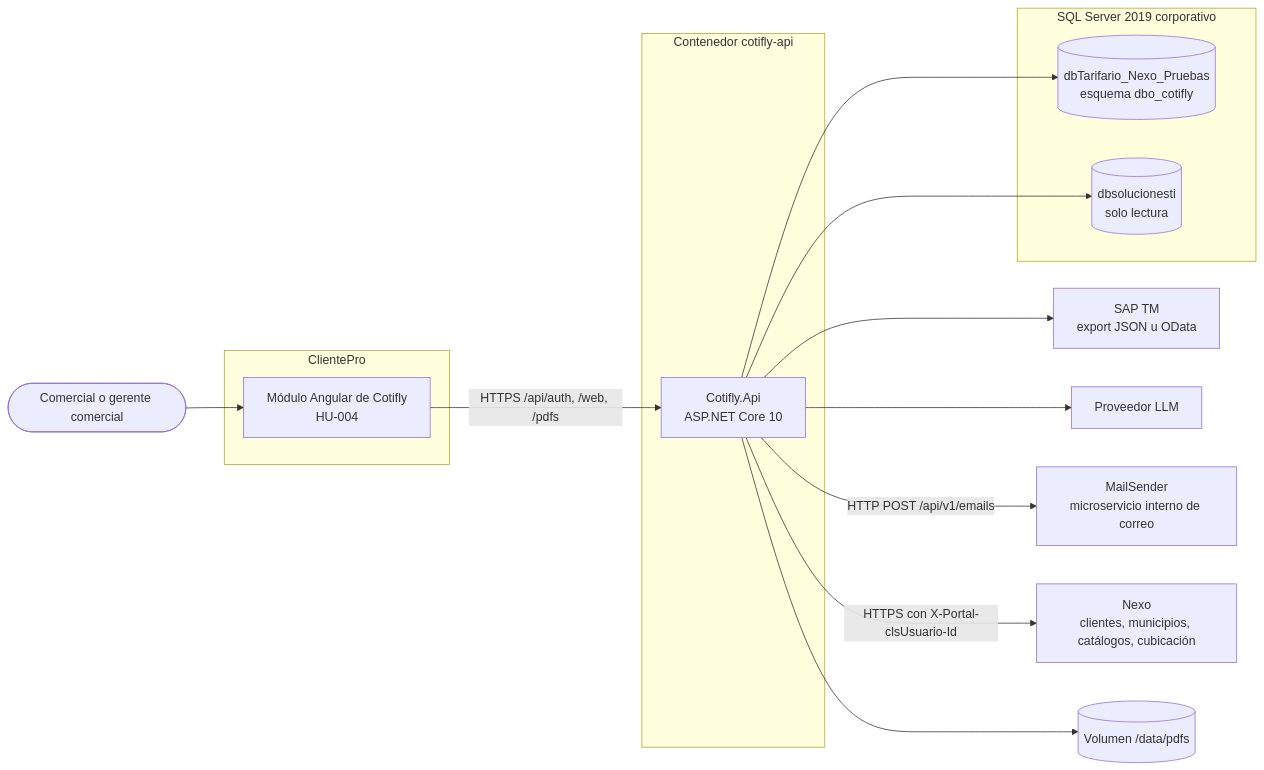
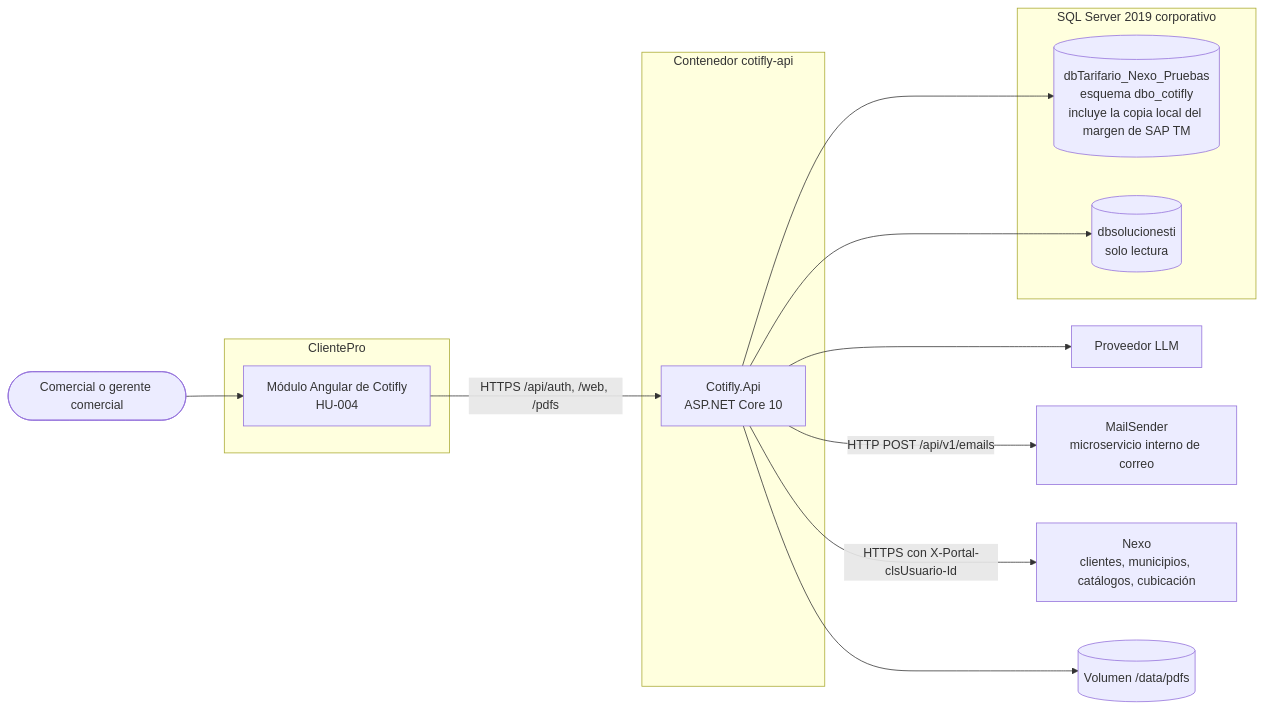
One commit to InnovacionIA-proyectos/Cotifly changed the first of 7 diagrams in backend-dotnet/docs/02-arquitectura.md. Above: the diagram before and after it, drawn with Mermaid. The commit also changed other lines of this file and 13 other files, not shown here.

First line of the commit message:
HU-042.2/HU-042.4 (#243, #247): ADR-027 y documentación de la copia local del margen de SAP

````diff
--- a/backend-dotnet/docs/02-arquitectura.md
+++ b/backend-dotnet/docs/02-arquitectura.md
@@ -27,29 +27,27 @@
 ```mermaid
 flowchart LR
     comercial([Comercial o gerente comercial])
     subgraph clientepro[ClientePro]
         front[Módulo Angular de Cotifly<br/>HU-004]
     end
     subgraph contenedor[Contenedor cotifly-api]
         api[Cotifly.Api<br/>ASP.NET Core 10]
     end
     subgraph sql[SQL Server 2019 corporativo]
-        dbc[(dbTarifario_Nexo_Pruebas<br/>esquema dbo_cotifly)]
+        dbc[(dbTarifario_Nexo_Pruebas<br/>esquema dbo_cotifly<br/>incluye la copia local del margen de SAP TM)]
         dbi[(dbsolucionesti<br/>solo lectura)]
     end
-    sap[SAP TM<br/>export JSON u OData]
     llm[Proveedor LLM]
     mails[MailSender<br/>microservicio interno de correo]
     nexo[Nexo<br/>clientes, municipios, catálogos, cubicación]
     pdfs[(Volumen /data/pdfs)]
 
     comercial --> front
     front -- "HTTPS /api/auth, /web, /pdfs" --> api
     api --> dbc
     api --> dbi
-    api --> sap
     api --> llm
     api -- "HTTP POST /api/v1/emails" --> mails
     api -- "HTTPS con X-Portal-clsUsuario-Id" --> nexo
     api --> pdfs
 ```
````
